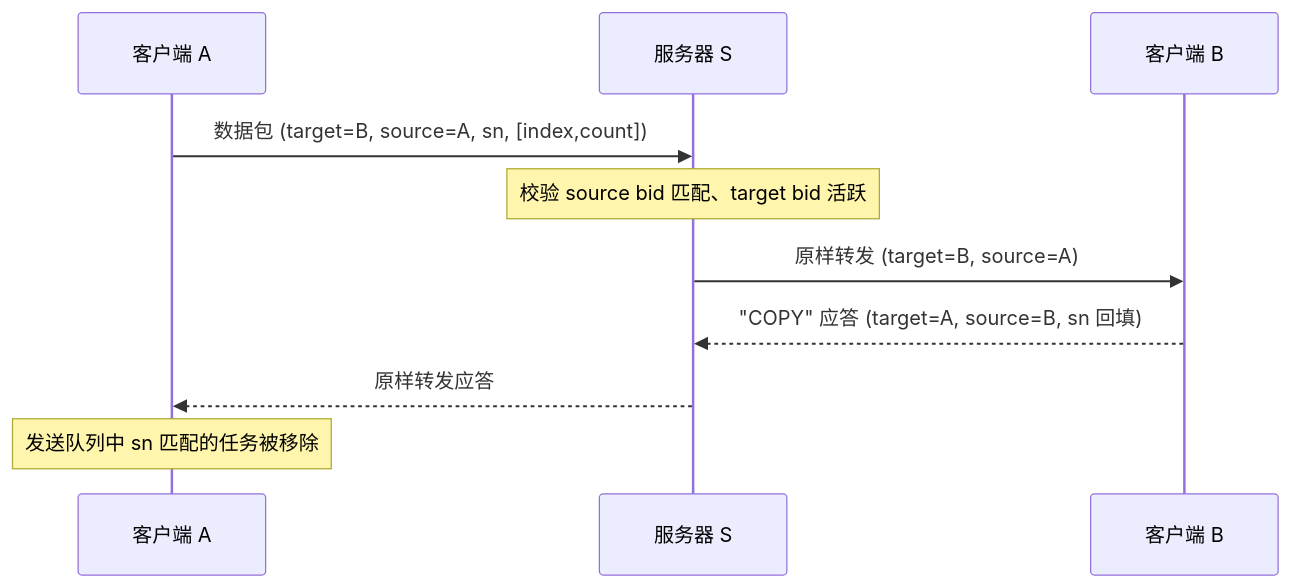
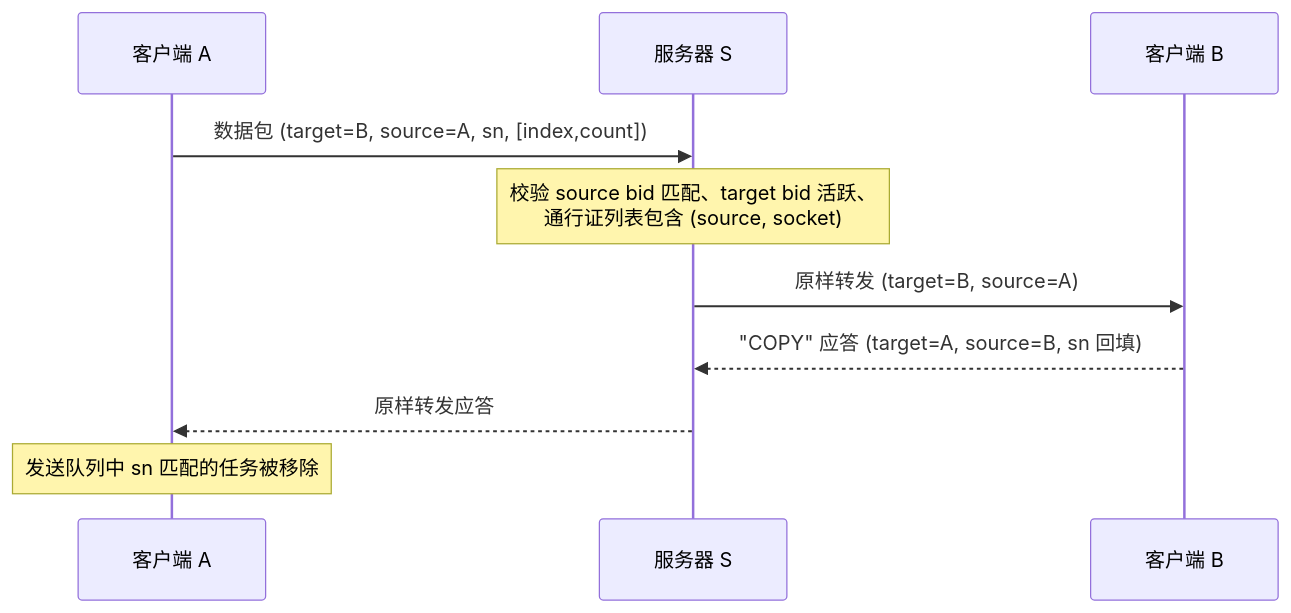
The fifth of 6 diagrams in docs/workflow.md (moky/magpie), drawn with Mermaid before and after one commit. The commit also changed other lines of this file and 14 other files, not shown here.

````diff
--- a/docs/workflow.md
+++ b/docs/workflow.md
@@ -140,13 +175,13 @@
 ```mermaid
 sequenceDiagram
     participant A as 客户端 A
     participant S as 服务器 S
     participant B as 客户端 B
 
     A->>S: 数据包 (target=B, source=A, sn, [index,count])
-    Note over S: 校验 source bid 匹配、target bid 活跃
+    Note over S: 校验 source bid 匹配、target bid 活跃、<br/>通行证列表包含 (source, socket)
     S->>B: 原样转发 (target=B, source=A)
     B-->>S: "COPY" 应答 (target=A, source=B, sn 回填)
     S-->>A: 原样转发应答
     Note over A: 发送队列中 sn 匹配的任务被移除
 ```
````
